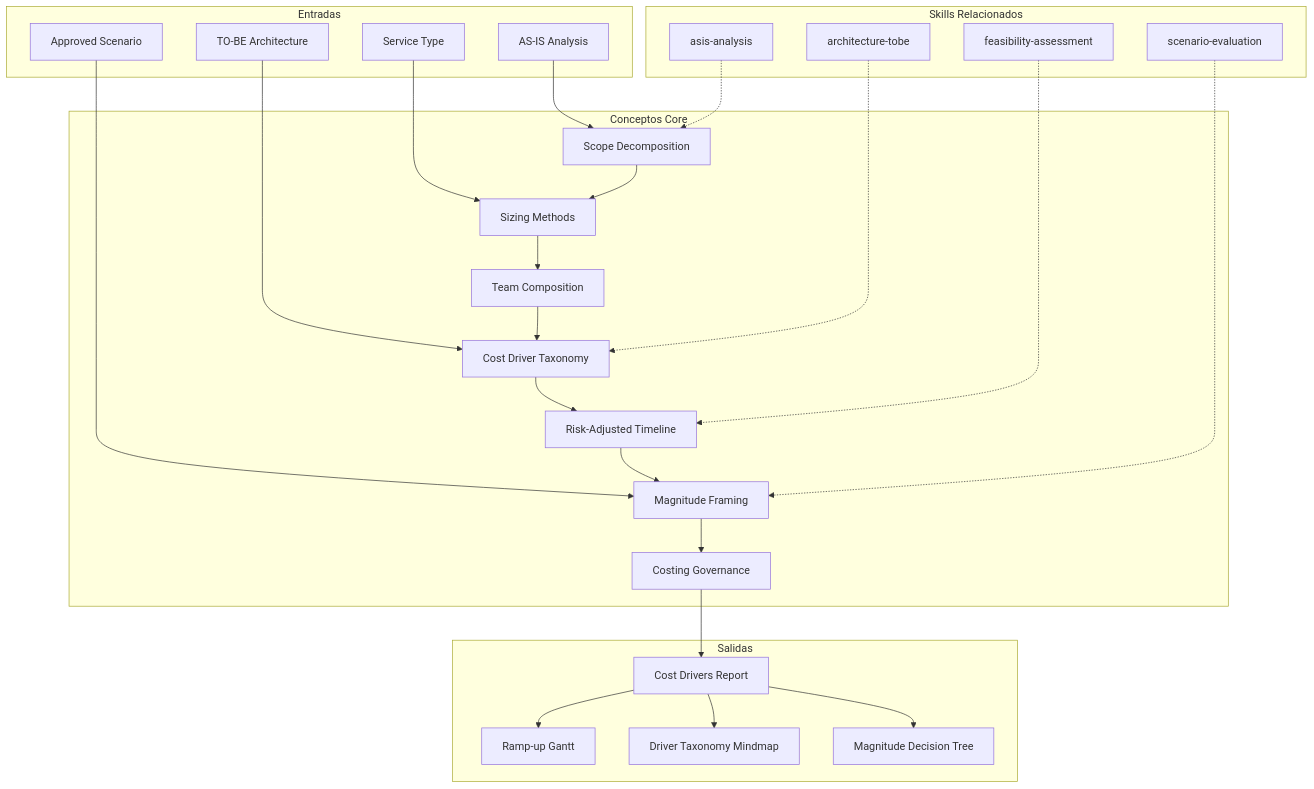
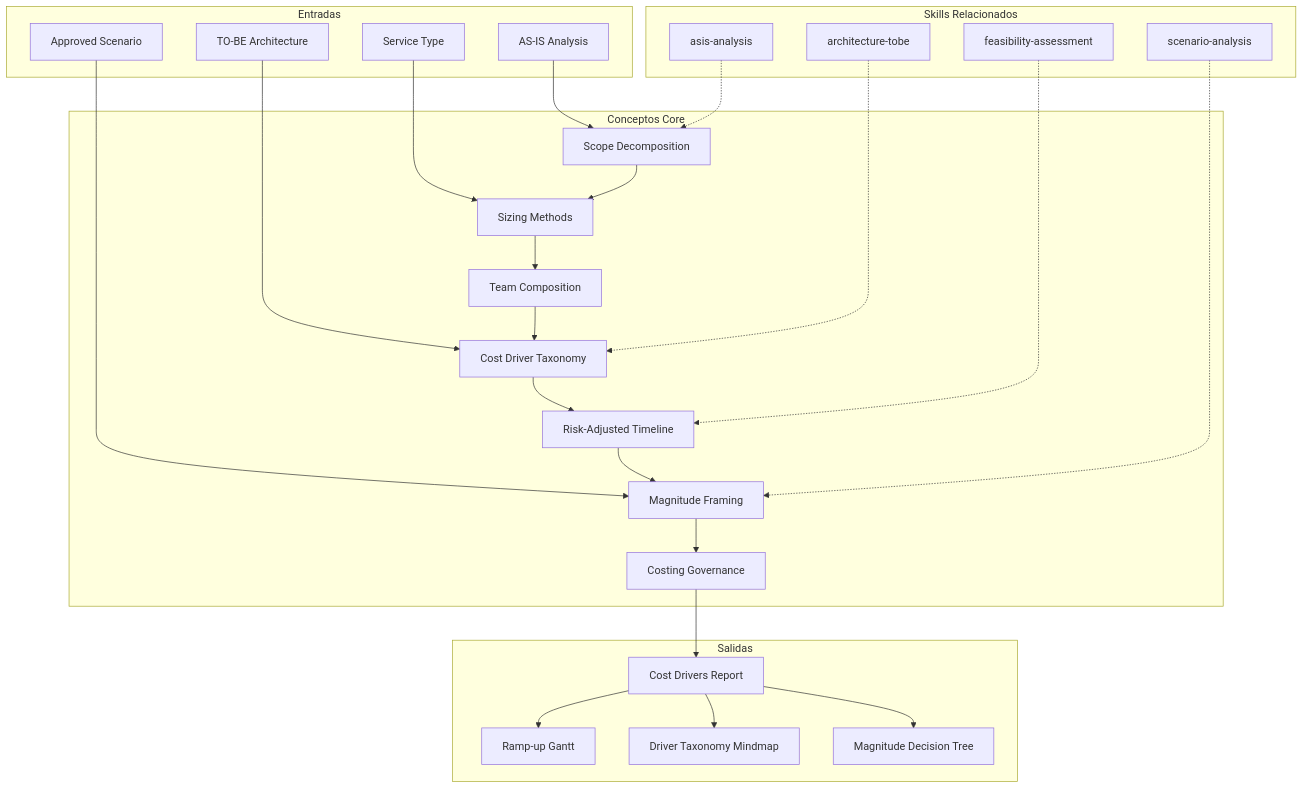
Before and after one commit to javiermontano-sofka/sofka-discovery-framework-public: the diagram in sofka-discovery-framework/skills/cost-estimation/SKILL.md, drawn with Mermaid. The commit also changed other lines of this file and 1080 other files, not shown here.

````diff
--- a/sofka-discovery-framework/skills/cost-estimation/SKILL.md
+++ b/sofka-discovery-framework/skills/cost-estimation/SKILL.md
@@ -336,52 +337,52 @@
 ```mermaid
 graph TD
     subgraph Core["Conceptos Core"]
         WBS["Scope Decomposition"]
         SIZING["Sizing Methods"]
         TEAM["Team Composition"]
         DRIVERS["Cost Driver Taxonomy"]
         TIMELINE["Risk-Adjusted Timeline"]
         MAGNITUDE["Magnitude Framing"]
         GOVERNANCE["Costing Governance"]
     end
 
     subgraph Inputs["Entradas"]
         ASIS["AS-IS Analysis"]
         TOBE["TO-BE Architecture"]
         SCENARIO["Approved Scenario"]
         TIPO["Service Type"]
     end
 
     subgraph Outputs["Salidas"]
         REPORT["Cost Drivers Report"]
         GANTT["Ramp-up Gantt"]
         MINDMAP["Driver Taxonomy Mindmap"]
         FLOWCHART["Magnitude Decision Tree"]
     end
 
     subgraph Related["Skills Relacionados"]
         ASISSK["asis-analysis"]
         TOBEARCHSK["architecture-tobe"]
-        SCENARIOSK["scenario-evaluation"]
+        SCENARIOSK["scenario-analysis"]
         FEASIBILITY["feasibility-assessment"]
     end
 
     ASIS --> WBS
     TOBE --> DRIVERS
     SCENARIO --> MAGNITUDE
     TIPO --> SIZING
     WBS --> SIZING
     SIZING --> TEAM
     TEAM --> DRIVERS
     DRIVERS --> TIMELINE
     TIMELINE --> MAGNITUDE
     MAGNITUDE --> GOVERNANCE
     GOVERNANCE --> REPORT
     REPORT --> GANTT
     REPORT --> MINDMAP
     REPORT --> FLOWCHART
     ASISSK -.-> WBS
     TOBEARCHSK -.-> DRIVERS
     SCENARIOSK -.-> MAGNITUDE
     FEASIBILITY -.-> TIMELINE
 ```
````
